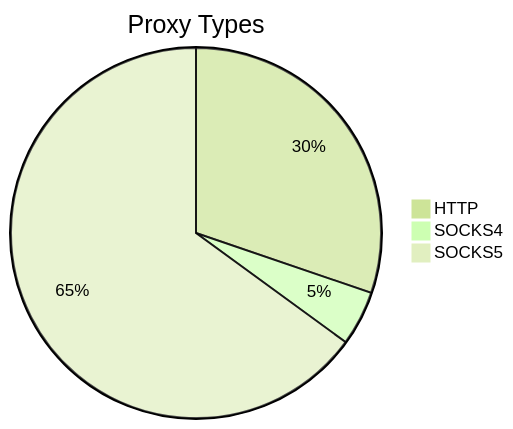
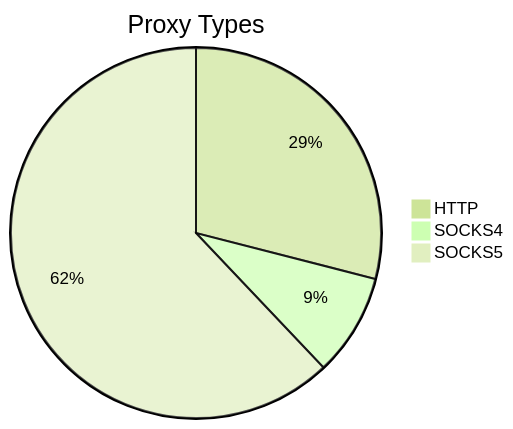
One commit to stormsia/proxy-list changed the first of 2 diagrams in README.md. Above: the diagram before and after it, drawn with Mermaid (forest theme). The commit also changed other lines of this file, not shown here.

````diff
--- a/README.md
+++ b/README.md
@@ -21,6 +21,6 @@
 ```mermaid
 pie title Proxy Types
-    "HTTP" : 410
-    "SOCKS4" : 65
-    "SOCKS5" : 881
+    "HTTP" : 610
+    "SOCKS4" : 188
+    "SOCKS5" : 1306
 ```
````
